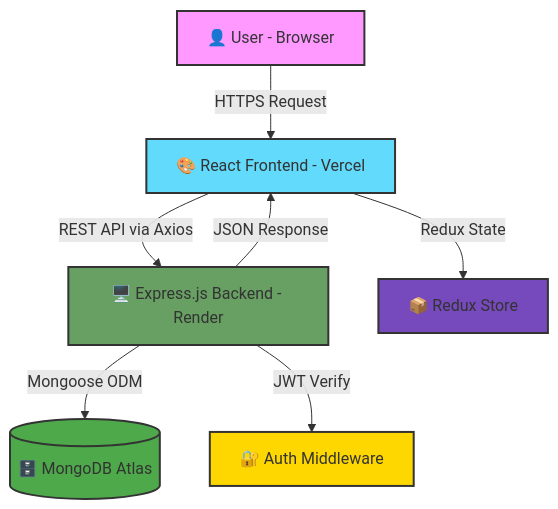
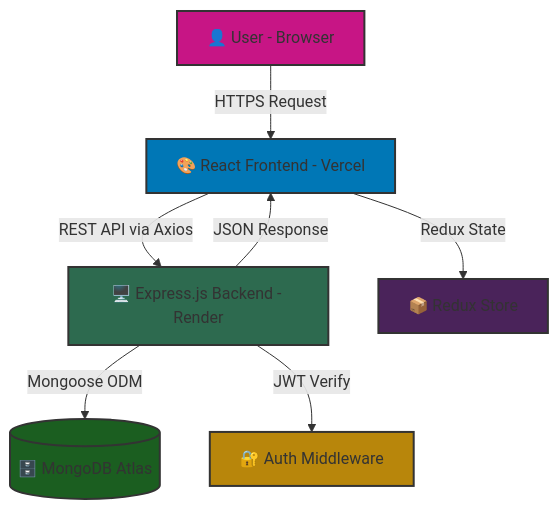
One commit to dhruvim-03/ScriptAura changed the first of 2 diagrams in README.md. Above: the diagram before and after it, drawn with Mermaid. The commit also changed other lines of this file, not shown here.

````diff
--- a/README.md
+++ b/README.md
@@ -99,16 +99,16 @@
 ```mermaid
 graph TD
     A[👤 User - Browser] -->|HTTPS Request| B[🎨 React Frontend - Vercel]
     B -->|REST API via Axios| C[🖥️ Express.js Backend - Render]
     C -->|Mongoose ODM| D[(🗄️ MongoDB Atlas)]
     C -->|JWT Verify| E[🔐 Auth Middleware]
     B -->|Redux State| F[📦 Redux Store]
     C -->|JSON Response| B
 
-    style A fill:#f9f,stroke:#333,stroke-width:2px
-    style B fill:#61DAFB,stroke:#333,stroke-width:2px
-    style C fill:#68A063,stroke:#333,stroke-width:2px
-    style D fill:#4EA94B,stroke:#333,stroke-width:2px
-    style E fill:#FFD700,stroke:#333,stroke-width:2px
-    style F fill:#764ABC,stroke:#333,stroke-width:2px
+style A fill:#C71585,stroke:#333,stroke-width:2px
+style B fill:#0077B6,stroke:#333,stroke-width:2px
+style C fill:#2D6A4F,stroke:#333,stroke-width:2px
+style D fill:#1B5E20,stroke:#333,stroke-width:2px
+style E fill:#B8860B,stroke:#333,stroke-width:2px
+style F fill:#4A235A,stroke:#333,stroke-width:2px
 ```
````
